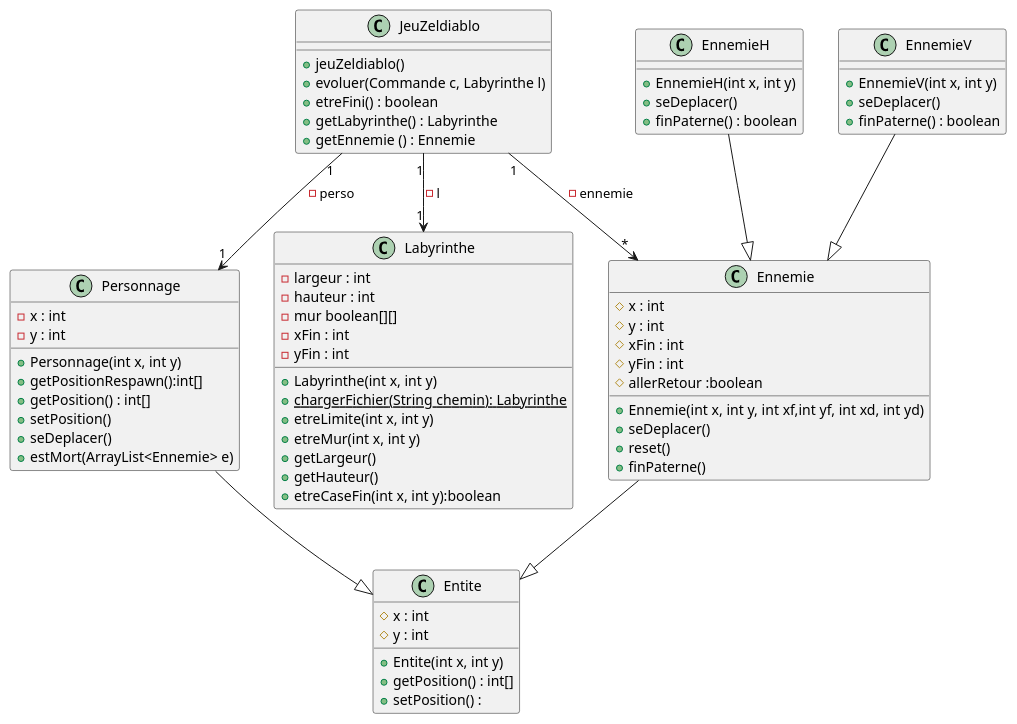
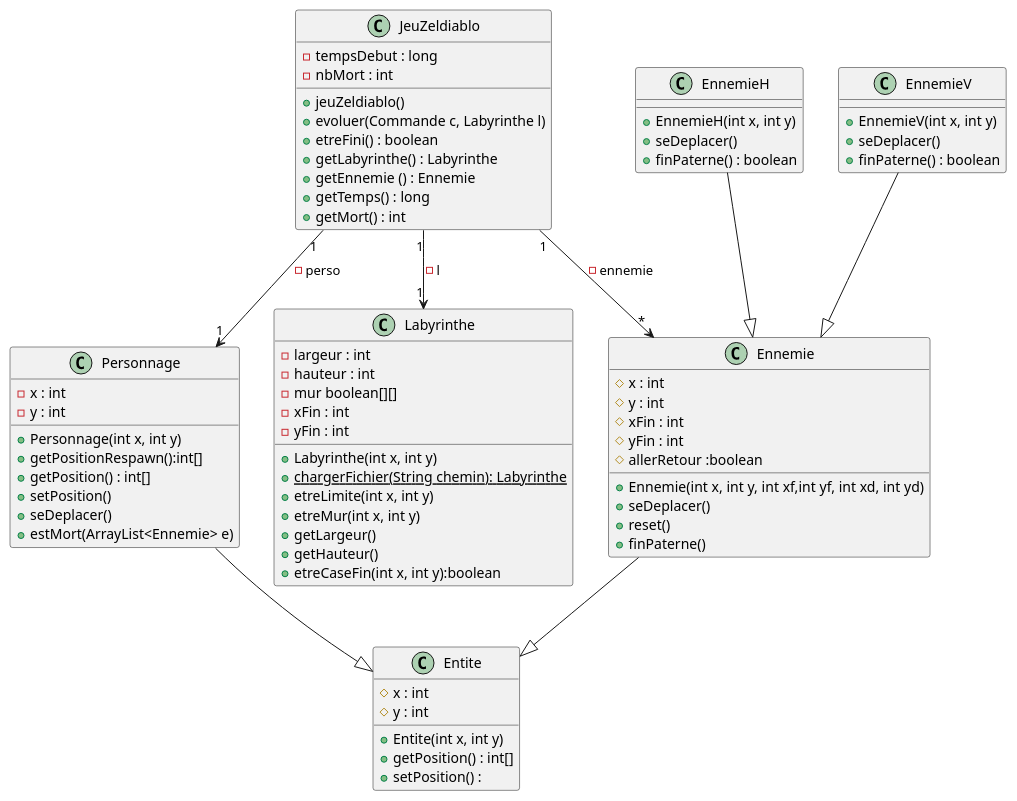
Before and after one commit to D-Lilian09/2026_COO_Zeldiablo_DU-HE-MA-PA: the diagram in documents/version_4/DiagrammeDeClasse_V4.puml, drawn with PlantUML.

Commit message:
finalisation des diagrammes de classes

```diff
--- a/documents/version_4/DiagrammeDeClasse_V4.puml
+++ b/documents/version_4/DiagrammeDeClasse_V4.puml
@@ -1,85 +1,90 @@
 @startuml
 
 class Personnage{
 
     - x : int
     - y : int
 
     + Personnage(int x, int y)
     + getPositionRespawn():int[]
     + getPosition() : int[]
     + setPosition()
     + seDeplacer()
     + estMort(ArrayList<Ennemie> e)
 }
 
 class Labyrinthe {
     - largeur : int
     - hauteur : int
     - mur boolean[][]
     - xFin : int
     - yFin : int
 
     + Labyrinthe(int x, int y)
     {static} + chargerFichier(String chemin): Labyrinthe
     + etreLimite(int x, int y)
     + etreMur(int x, int y)
     + getLargeur()
     + getHauteur()
     + etreCaseFin(int x, int y):boolean
 }
 class JeuZeldiablo{
 
+    - tempsDebut : long
+    - nbMort : int
+
     + jeuZeldiablo()
     + evoluer(Commande c, Labyrinthe l)
     + etreFini() : boolean
     + getLabyrinthe() : Labyrinthe
     + getEnnemie () : Ennemie
+    + getTemps() : long
+    + getMort() : int
 }
 
 class Ennemie{
     # x : int
     # y : int
     # xFin : int
     # yFin : int
     # allerRetour :boolean
 
     + Ennemie(int x, int y, int xf,int yf, int xd, int yd)
     + seDeplacer()
     + reset()
     + finPaterne()
 
 }
 
 class Entite{
     # x : int
     # y : int
 
     + Entite(int x, int y)
     + getPosition() : int[]
     + setPosition() :
 }
 
 class EnnemieH{
 
     + EnnemieH(int x, int y)
     + seDeplacer()
     + finPaterne() : boolean
 }
 
 class EnnemieV{
 
     + EnnemieV(int x, int y)
     + seDeplacer()
     + finPaterne() : boolean
 }
 
 JeuZeldiablo"1" --> "1" Personnage : - perso
 JeuZeldiablo"1" --> "*" Ennemie : - ennemie
 JeuZeldiablo"1" --> "1" Labyrinthe : - l
 EnnemieH --|>   Ennemie
 EnnemieV --|>   Ennemie
 Personnage --|> Entite
 Ennemie --|> Entite
 
 @enduml
```
